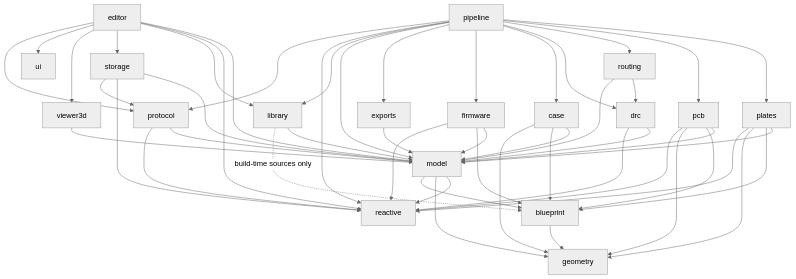
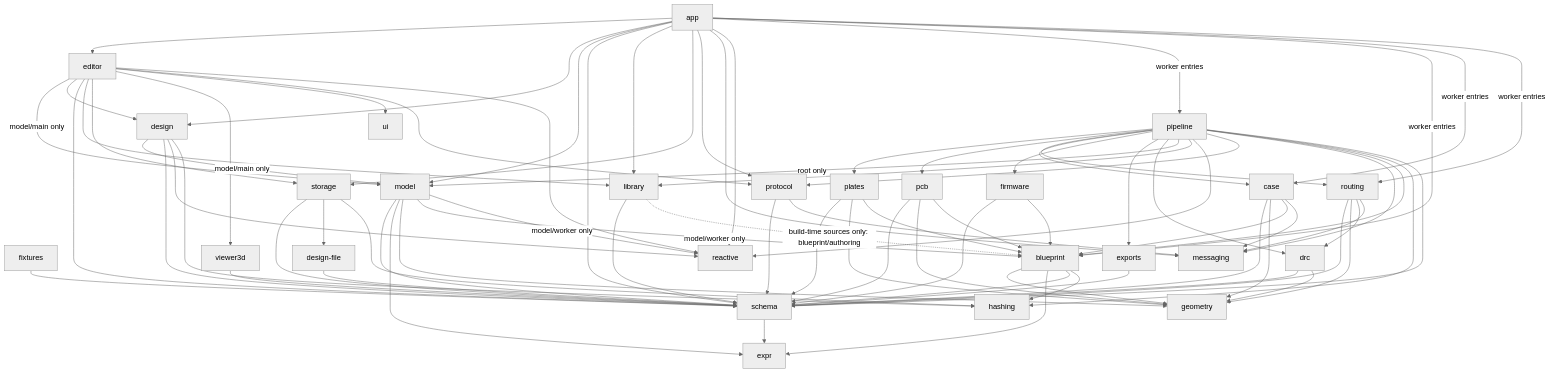
Before and after one commit to KeebCAD/keeb-cad: the second of 4 diagrams in _bmad-output/architecture-keeb-cad-layout-model/architecture-keeb-cad-layout-model.md, drawn with Mermaid (neutral theme). The commit also changed other lines of this file and 7 other files, not shown here.

First line of the commit message:
docs: split model into domain, design, schema and kernel packages

````diff
--- a/_bmad-output/architecture-keeb-cad-layout-model/architecture-keeb-cad-layout-model.md
+++ b/_bmad-output/architecture-keeb-cad-layout-model/architecture-keeb-cad-layout-model.md
@@ -334,35 +347,29 @@
 ```mermaid
 graph TD
-  editor --> model
-  editor --> reactive
-  editor --> library
-  editor --> storage
-  editor --> viewer3d
-  editor --> ui
-  viewer3d --> model
-  pipeline --> plates & pcb & routing & drc & case & firmware & exports
-  pipeline --> model
-  pipeline --> library
-  routing --> drc
-  plates --> model
-  pcb --> model
-  routing --> model
-  drc --> model
-  case --> model
-  firmware --> model
-  exports --> model
-  library --> model
-  library -.->|build-time sources only| blueprint
-  storage --> model
-  storage --> reactive
-  pipeline --> reactive
-  editor & pipeline & storage --> protocol
-  protocol --> model & reactive
-  model --> reactive & geometry & blueprint
-  plates & pcb & firmware & case --> blueprint
-  blueprint --> geometry
-  plates --> geometry
-  pcb --> geometry
-  case --> geometry
-  plates & pcb & firmware & drc --> reactive
+  fixtures --> schema
+  app --> editor & design & model & schema & library & storage & protocol & messaging & reactive
+  app -->|worker entries| pipeline & blueprint & case & routing
+  editor -->|model/main only| model
+  editor --> design & schema & library & storage & viewer3d & ui & protocol & reactive
+  design -->|model/main only| model
+  design --> schema & reactive & hashing
+  pipeline --> plates & pcb & routing & case & firmware & exports & drc
+  pipeline -->|root only| model
+  pipeline --> library & reactive & protocol & messaging & blueprint & hashing & schema
+  storage --> schema & designFile[design-file] & hashing
+  designFile --> schema
+  protocol --> schema & messaging
+  viewer3d --> schema
+  model --> schema & expr & geometry
+  model -->|model/worker only| blueprint & reactive
+  plates & pcb --> schema & geometry & blueprint
+  firmware --> schema & blueprint
+  case --> schema & geometry & blueprint & messaging
+  routing --> schema & geometry & drc & messaging
+  exports --> schema
+  drc --> schema & geometry
+  library --> schema
+  library -.->|build-time sources only: blueprint/authoring| blueprint
+  blueprint --> geometry & expr & schema & hashing
+  schema --> expr
 ```
````
